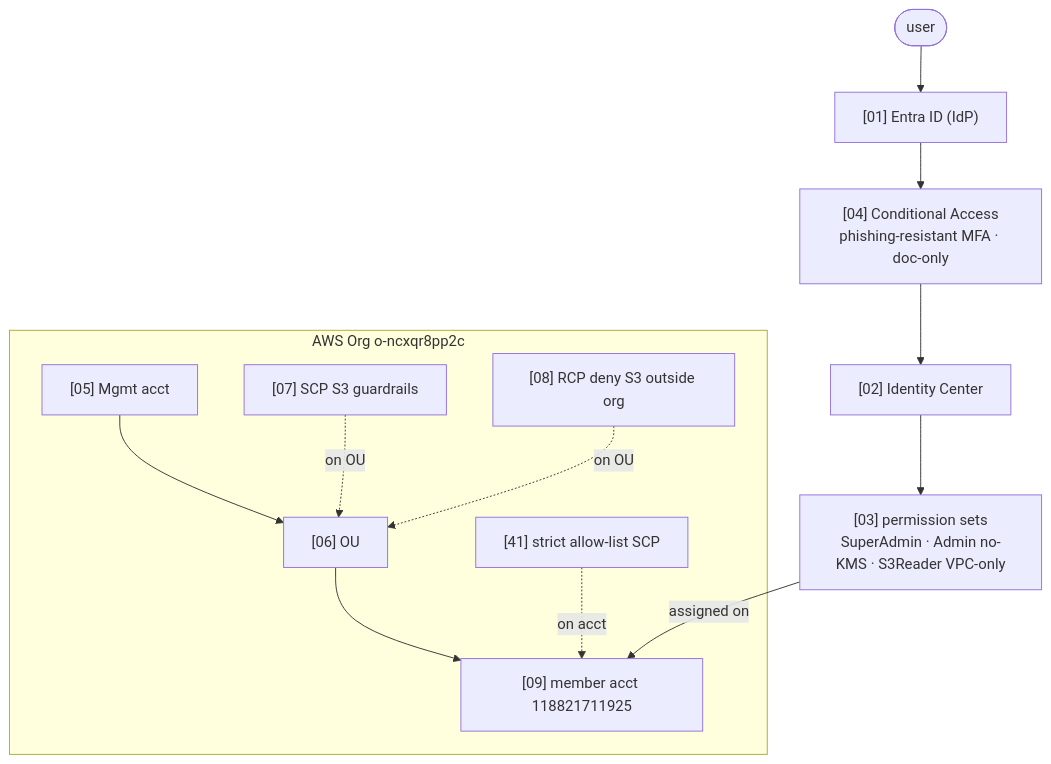
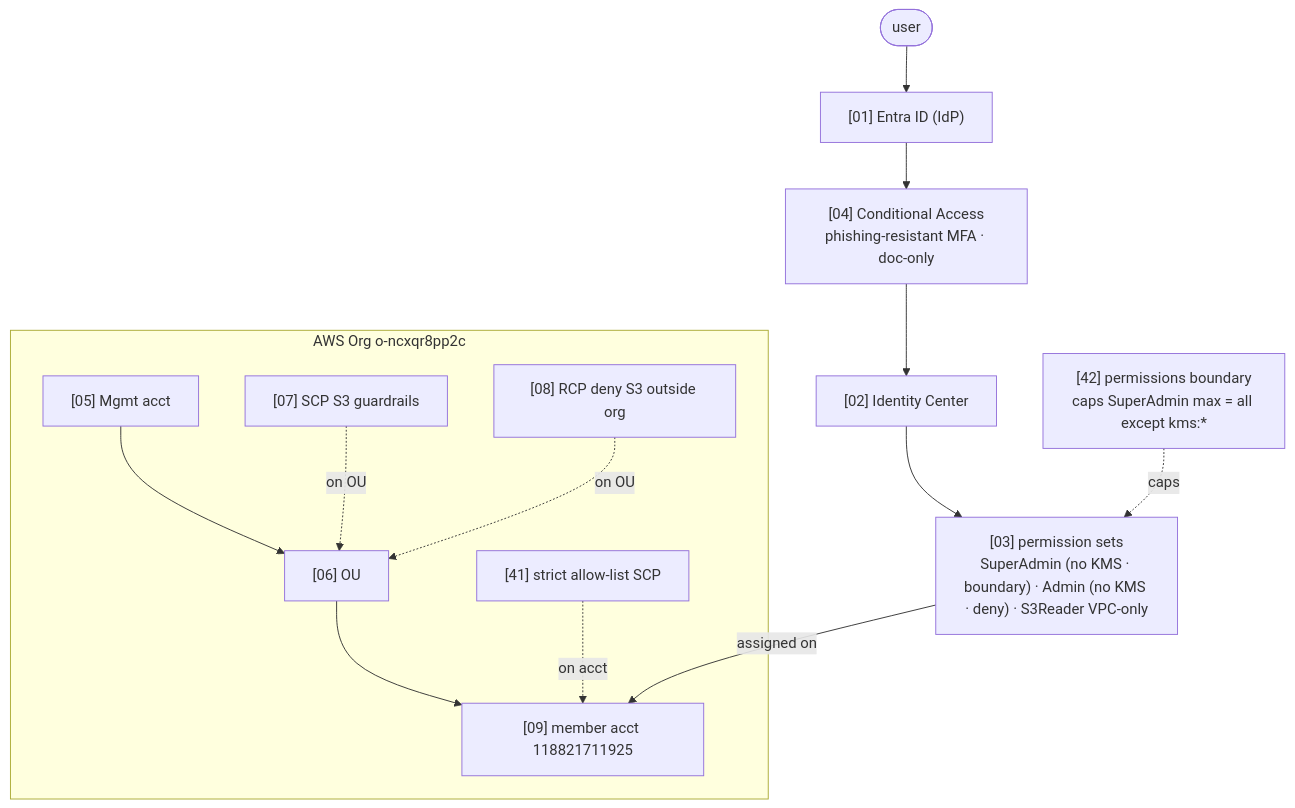
The first of 6 diagrams in README.md (DelicateHug/InterviewTakeHome), drawn with Mermaid before and after one commit. The commit also changed other lines of this file and 67 other files, not shown here.

````diff
--- a/README.md
+++ b/README.md
@@ -22,15 +42,16 @@
 ```mermaid
 flowchart TB
   U([user]) --> E["[01] Entra ID (IdP)"]
   E --> CA["[04] Conditional Access<br/>phishing-resistant MFA · doc-only"]
   CA --> IC["[02] Identity Center"]
-  IC --> PS["[03] permission sets<br/>SuperAdmin · Admin no-KMS · S3Reader VPC-only"]
+  IC --> PS["[03] permission sets<br/>SuperAdmin (no KMS · boundary) · Admin (no KMS · deny) · S3Reader VPC-only"]
+  PB["[42] permissions boundary<br/>caps SuperAdmin max = all except kms:*"] -. caps .-> PS
   subgraph ORG["AWS Org o-ncxqr8pp2c"]
     MGMT["[05] Mgmt acct"] --> OU["[06] OU"]
     OU --> ACCT["[09] member acct 118821711925"]
     SCP7["[07] SCP S3 guardrails"] -. on OU .-> OU
     RCP["[08] RCP deny S3 outside org"] -. on OU .-> OU
     SCP41["[41] strict allow-list SCP"] -. on acct .-> ACCT
   end
   PS -->|assigned on| ACCT
 ```
````
